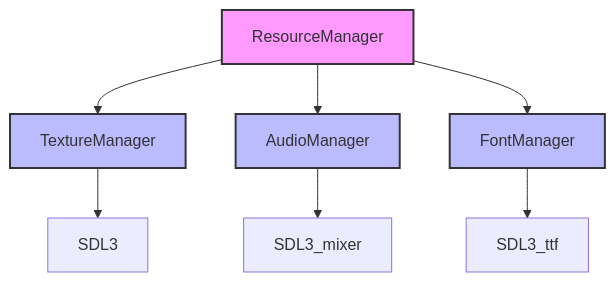
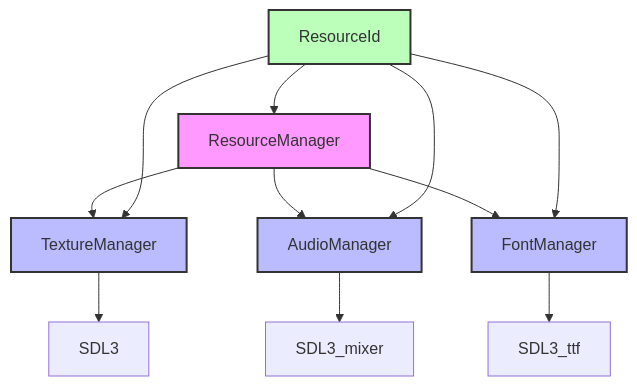
One commit to hezhangtdzs/MonsterWar changed the third of 3 diagrams in doc/resource/README.md. Above: the diagram before and after it, drawn with Mermaid. The commit also changed other lines of this file and 47 other files, not shown here.

````diff
--- a/doc/resource/README.md
+++ b/doc/resource/README.md
@@ -330,15 +481,21 @@
 ```mermaid
 graph TB
     ResourceManager --> TextureManager
     ResourceManager --> AudioManager
     ResourceManager --> FontManager
     
     TextureManager --> SDL3[SDL3]
     AudioManager --> SDL3_mixer[SDL3_mixer]
     FontManager --> SDL3_ttf[SDL3_ttf]
     
+    ResourceId --> ResourceManager
+    ResourceId --> TextureManager
+    ResourceId --> AudioManager
+    ResourceId --> FontManager
+    
     style ResourceManager fill:#f9f,stroke:#333,stroke-width:2px
     style TextureManager fill:#bbf,stroke:#333,stroke-width:2px
     style AudioManager fill:#bbf,stroke:#333,stroke-width:2px
     style FontManager fill:#bbf,stroke:#333,stroke-width:2px
+    style ResourceId fill:#bfb,stroke:#333,stroke-width:2px
 ```
````
